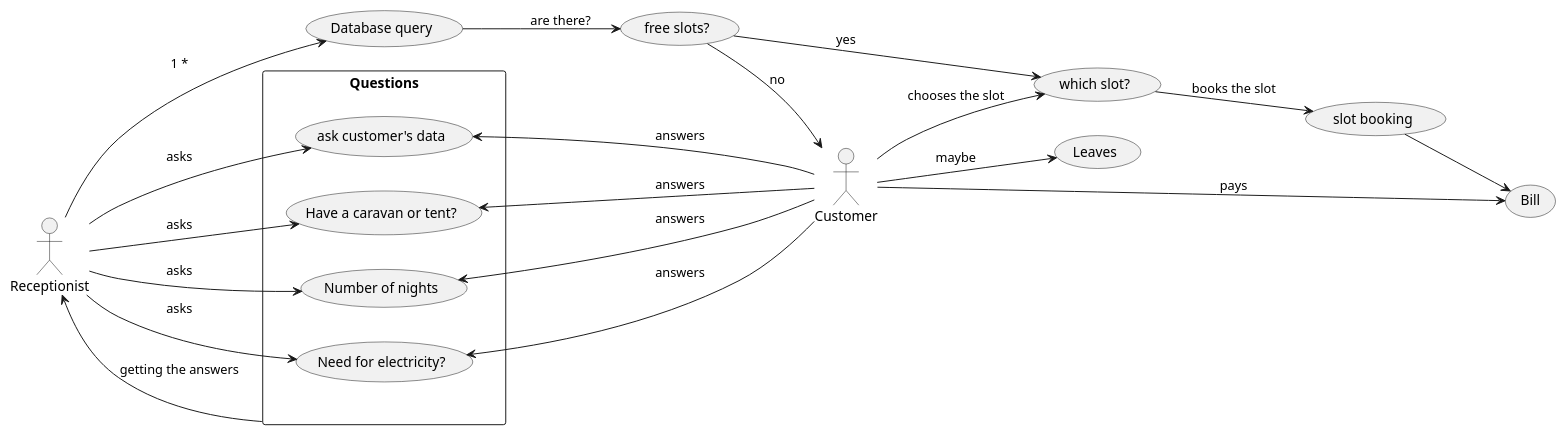
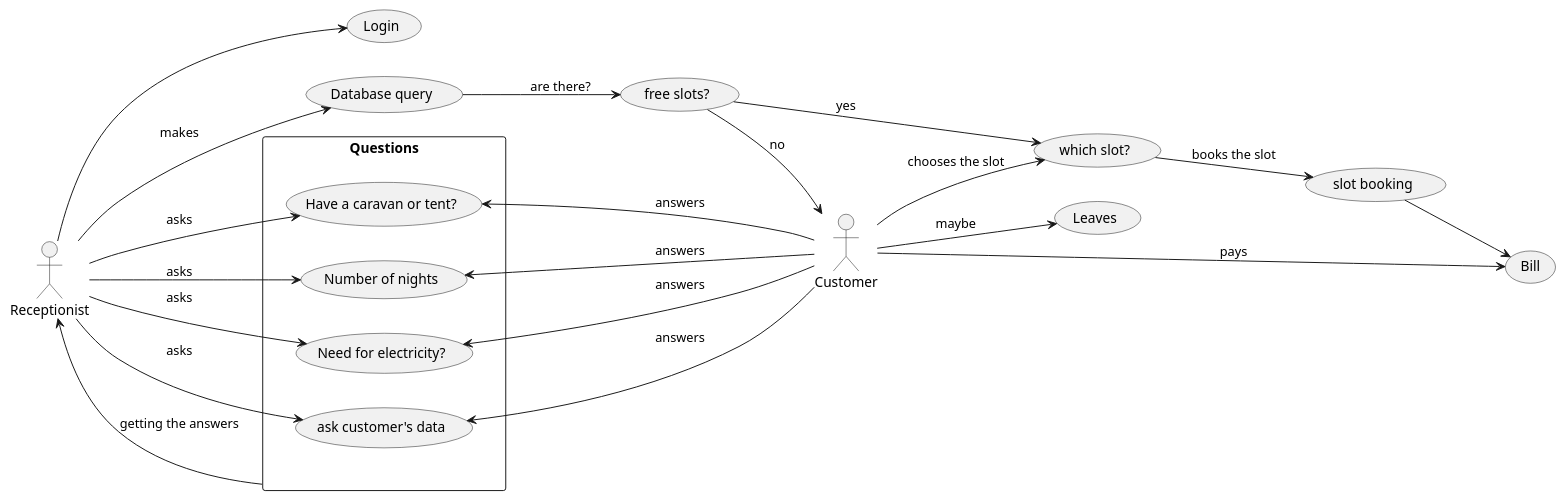
The diagram in Docs/usecase.plantuml (ZsoltToth/project-templates-spring-react), drawn with PlantUML before and after one commit.

Commit message:
Use case update
receptionist can login, too.
#1

```diff
--- a/Docs/usecase.plantuml
+++ b/Docs/usecase.plantuml
@@ -1,37 +1,37 @@
 @startuml
 left to right direction
 skinparam packageStyle rectangle
 
 
 actor Customer
 actor Receptionist
 
+Receptionist --> (Login)
 
 rectangle Questions{
 
-Receptionist --> (Have a caravan or tent?) : asks
 Receptionist --> (Number of nights) : asks
 Receptionist --> (Need for electricity?) : asks
 Receptionist --> (ask customer's data) : asks
+Receptionist --> (Have a caravan or tent?) : asks
 
 (Have a caravan or tent?) <-- Customer : answers
 (Number of nights) <-- Customer : answers
 (Need for electricity?) <-- Customer : answers
 (ask customer's data) <-- Customer : answers
 
 }
 
-
-Receptionist --> (Database query) : 1 *
+Receptionist --> (Database query) : makes
 Questions --> Receptionist : getting the answers
 
 (Database query) --> (free slots?) : are there?
 
 (free slots?) --> (which slot?) : yes
 (free slots?) --> (Customer) : no
 (which slot?) --> (slot booking) : books the slot
 Customer --> (which slot?) : chooses the slot
 (slot booking) --> (Bill)
 Customer --> (Bill) : pays
 Customer --> (Leaves) : maybe
 @enduml
```
